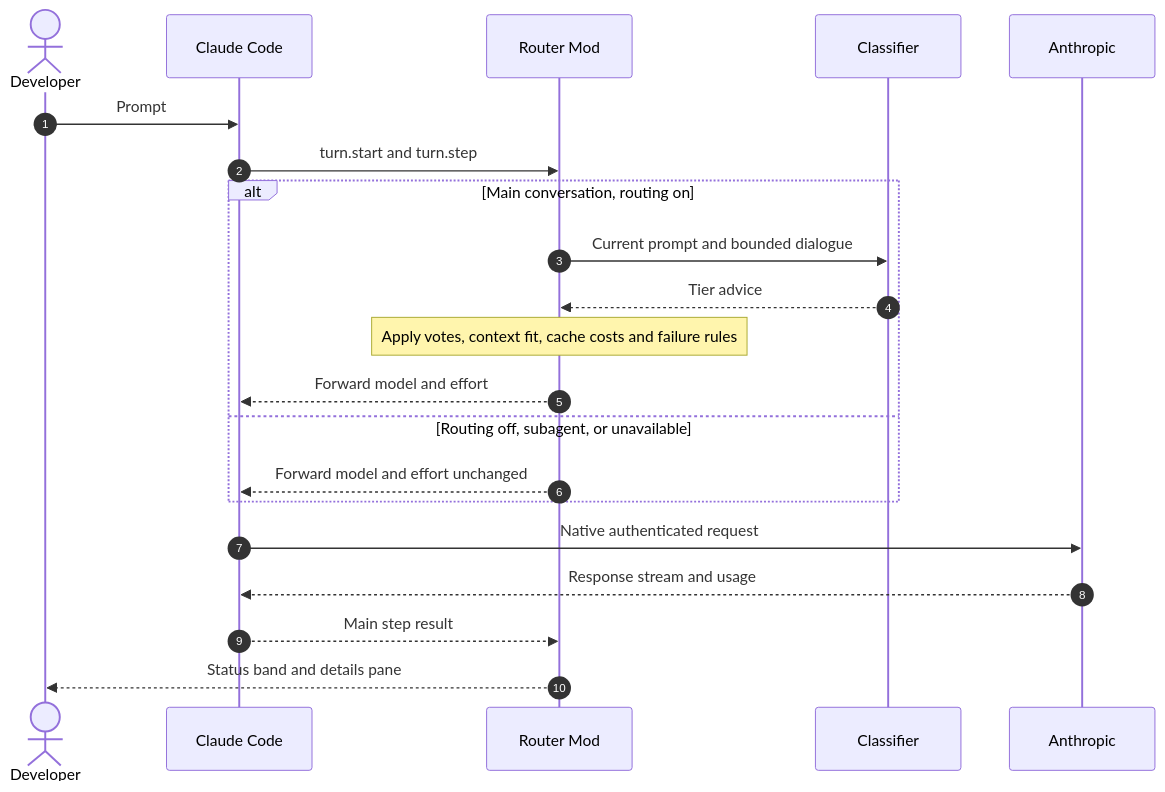
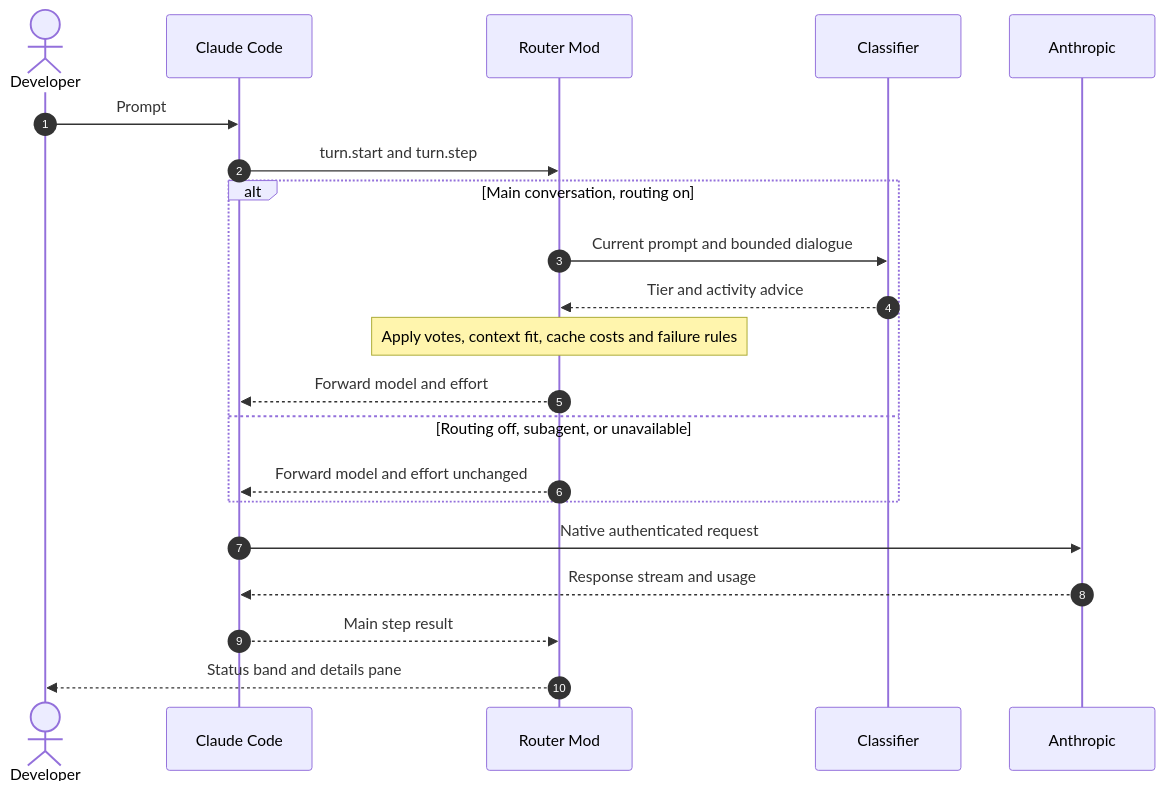
The diagram in docs/architecture.md (alexei-led/claude-router), drawn with Mermaid before and after one commit. The commit also changed other lines of this file and 51 other files, not shown here.

First line of the commit message:
feat: activity routing, tier × activity → route (#24)

````diff
--- a/docs/architecture.md
+++ b/docs/architecture.md
@@ -7,23 +7,23 @@
 ```mermaid
 sequenceDiagram
     autonumber
     actor Dev as Developer
     participant Code as Claude Code
     participant Mod as Router Mod
     participant Cls as Classifier
     participant API as Anthropic
     Dev->>Code: Prompt
     Code->>Mod: turn.start and turn.step
     alt Main conversation, routing on
         Mod->>Cls: Current prompt and bounded dialogue
-        Cls-->>Mod: Tier advice
+        Cls-->>Mod: Tier and activity advice
         Note over Mod: Apply votes, context fit, cache costs and failure rules
         Mod-->>Code: Forward model and effort
     else Routing off, subagent, or unavailable
         Mod-->>Code: Forward model and effort unchanged
     end
     Code->>API: Native authenticated request
     API-->>Code: Response stream and usage
     Code-->>Mod: Main step result
     Mod-->>Dev: Status band and details pane
 ```
````
